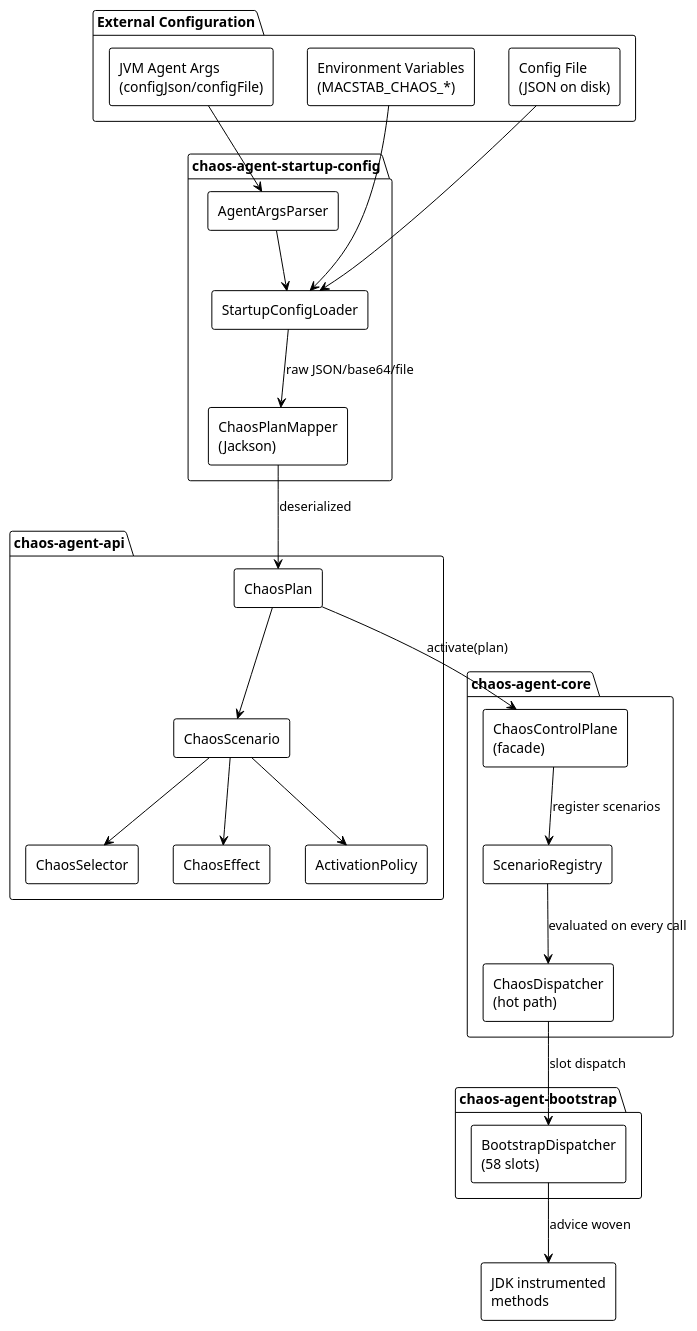
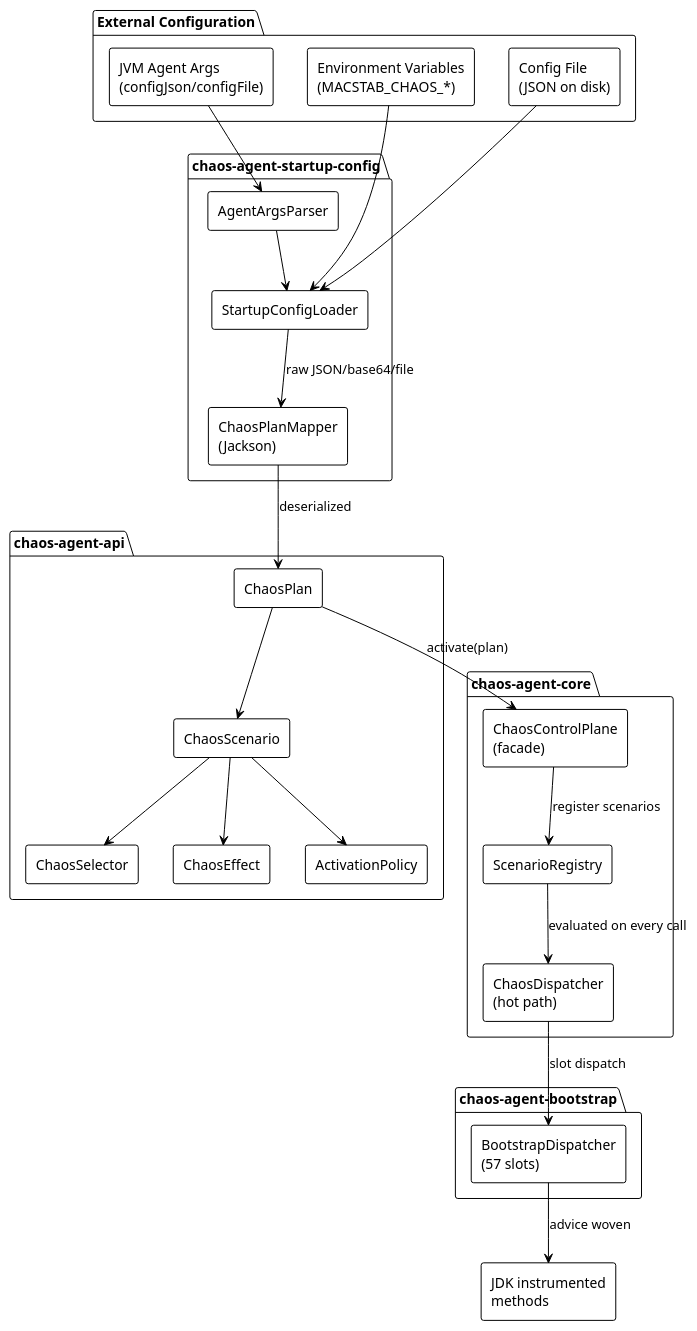
The first of 2 diagrams in docs/configuration-reference.md (macstab/macstab-chaos-jvm-agent), drawn with PlantUML before and after one commit. The commit also changed other lines of this file and 10 other files, not shown here.

````diff
--- a/docs/configuration-reference.md
+++ b/docs/configuration-reference.md
@@ -242,52 +246,52 @@
 ```plantuml
 @startuml chaos-config-components
 !theme plain
 skinparam componentStyle rectangle
 
 package "External Configuration" {
   [JVM Agent Args\n(configJson/configFile)] as AgentArgs
   [Environment Variables\n(MACSTAB_CHAOS_*)] as EnvVars
   [Config File\n(JSON on disk)] as ConfigFile
 }
 
 package "chaos-agent-startup-config" {
   [StartupConfigLoader] as SCL
   [AgentArgsParser] as AAP
   [ChaosPlanMapper\n(Jackson)] as CPM
 }
 
 package "chaos-agent-api" {
   [ChaosPlan] as Plan
   [ChaosScenario] as Scenario
   [ChaosSelector] as Selector
   [ChaosEffect] as Effect
   [ActivationPolicy] as Policy
 }
 
 package "chaos-agent-core" {
   [ChaosControlPlane\n(facade)] as CCP
   [ScenarioRegistry] as SR
   [ChaosDispatcher\n(hot path)] as CD
 }
 
 package "chaos-agent-bootstrap" {
-  [BootstrapDispatcher\n(58 slots)] as BD
+  [BootstrapDispatcher\n(57 slots)] as BD
 }
 
 AgentArgs --> AAP
 EnvVars --> SCL
 ConfigFile --> SCL
 AAP --> SCL
 SCL --> CPM : raw JSON/base64/file
 CPM --> Plan : deserialized
 Plan --> Scenario
 Scenario --> Selector
 Scenario --> Effect
 Scenario --> Policy
 Plan --> CCP : activate(plan)
 CCP --> SR : register scenarios
 SR --> CD : evaluated on every call
 CD --> BD : slot dispatch
 BD --> [JDK instrumented\nmethods] : advice woven
 @enduml
 ```
````
